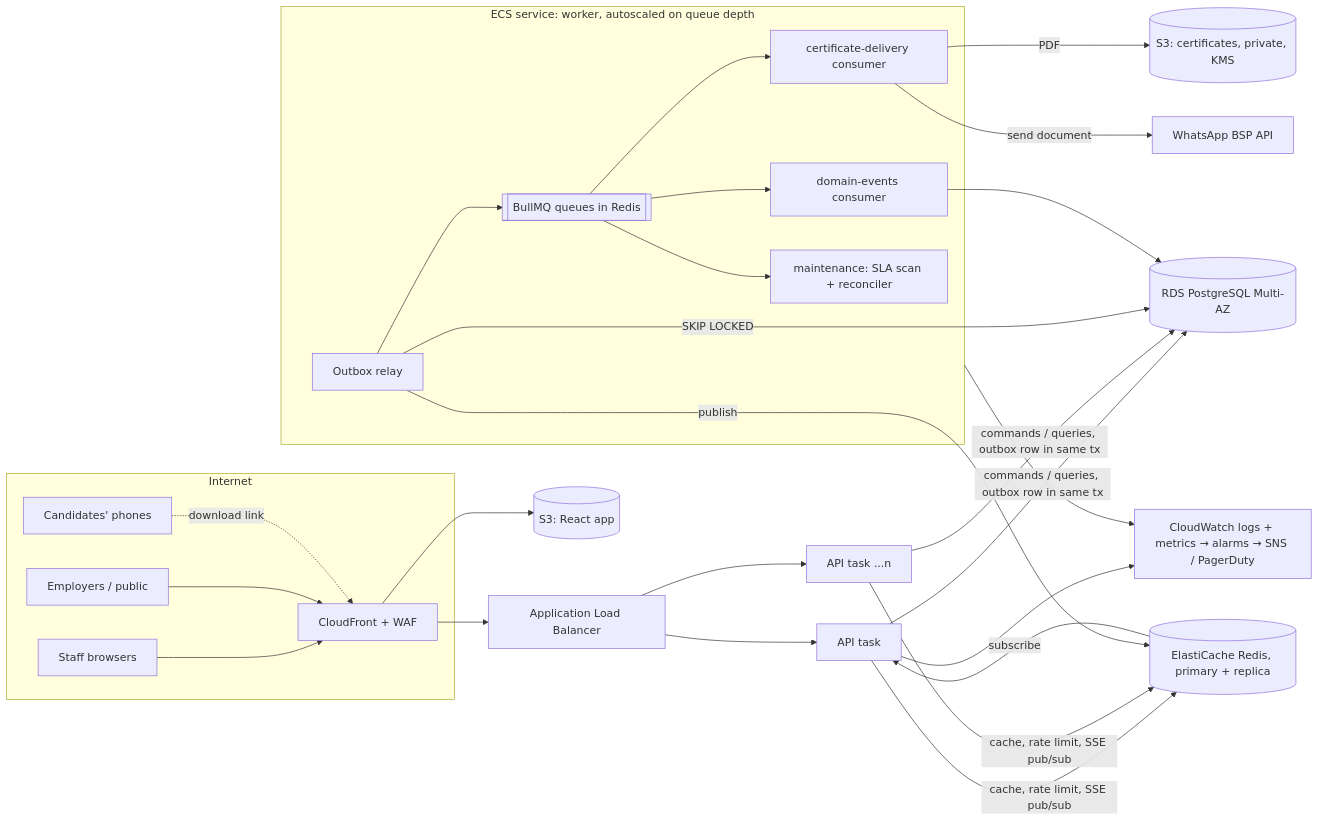
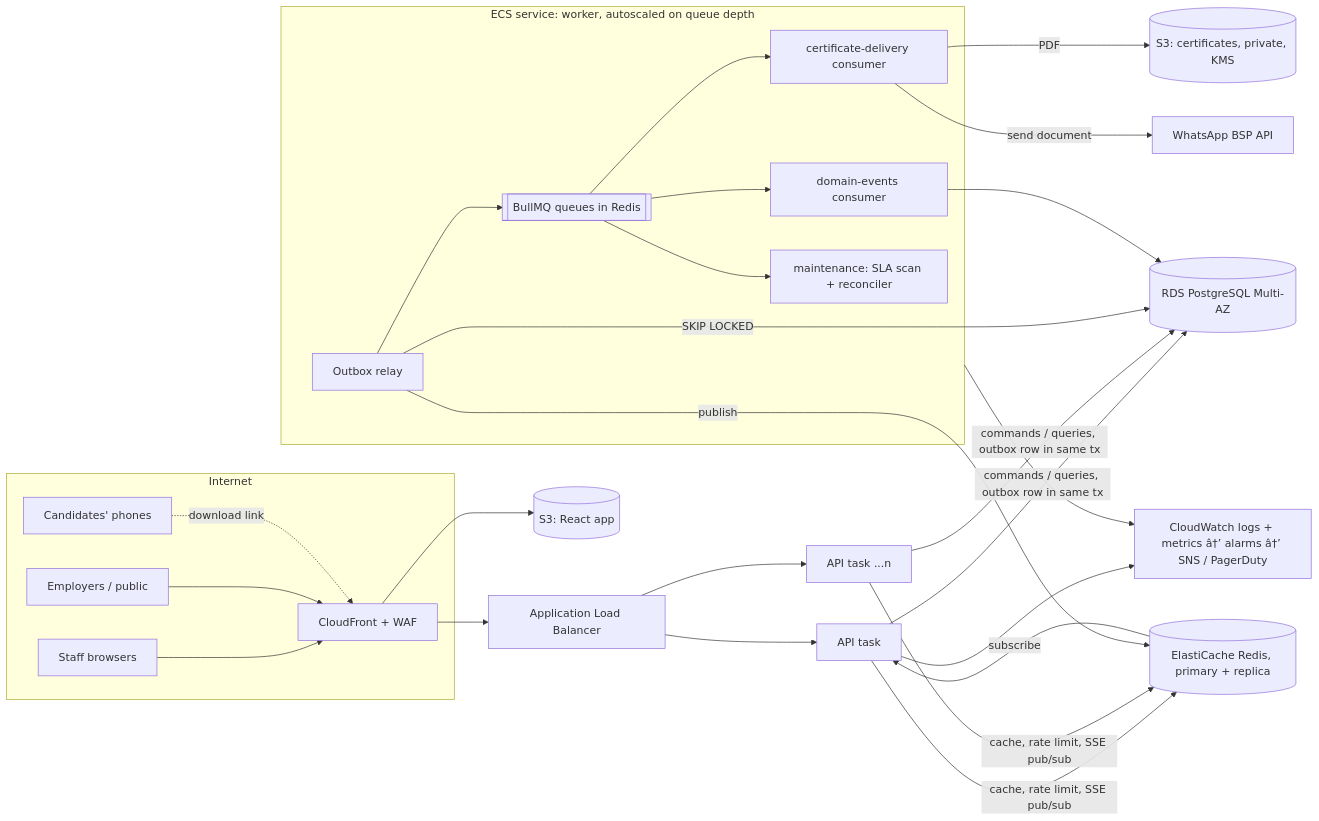
One commit to Manasareddy17/algohire-project changed the diagram in DEPLOYMENT.md. Above: the diagram before and after it, drawn with Mermaid. The commit also changed other lines of this file and 11 other files, not shown here.

````diff
--- a/DEPLOYMENT.md
+++ b/DEPLOYMENT.md
@@ -13,29 +13,29 @@
 ```mermaid
 flowchart LR
   subgraph Internet
     U[Staff browsers] --> CF
     P[Employers / public] --> CF
     C[Candidates' phones] -. download link .-> CF
   end
   CF[CloudFront + WAF] --> S3web[(S3: React app)]
   CF --> ALB[Application Load Balancer]
   ALB --> API1[API task]
   ALB --> API2[API task ...n]
 
   API1 & API2 -->|commands / queries, outbox row in same tx| RDS[(RDS PostgreSQL Multi-AZ)]
   API1 & API2 -->|cache, rate limit, SSE pub/sub| REDIS[(ElastiCache Redis, primary + replica)]
 
   subgraph Workers [ECS service: worker, autoscaled on queue depth]
     RELAY[Outbox relay] --> Q[[BullMQ queues in Redis]]
     Q --> DE[domain-events consumer]
     Q --> DL[certificate-delivery consumer]
     Q --> MT[maintenance: SLA scan + reconciler]
   end
   RELAY -->|SKIP LOCKED| RDS
   DE --> RDS
   DL -->|PDF| S3pdf[(S3: certificates, private, KMS)]
   DL -->|send document| WA[WhatsApp BSP API]
   RELAY -->|publish| REDIS
   REDIS -->|subscribe| API1
-  API1 & Workers --> CW[CloudWatch logs + metrics → alarms → SNS / PagerDuty]
+  API1 & Workers --> CW[CloudWatch logs + metrics â†’ alarms â†’ SNS / PagerDuty]
 ```
````
